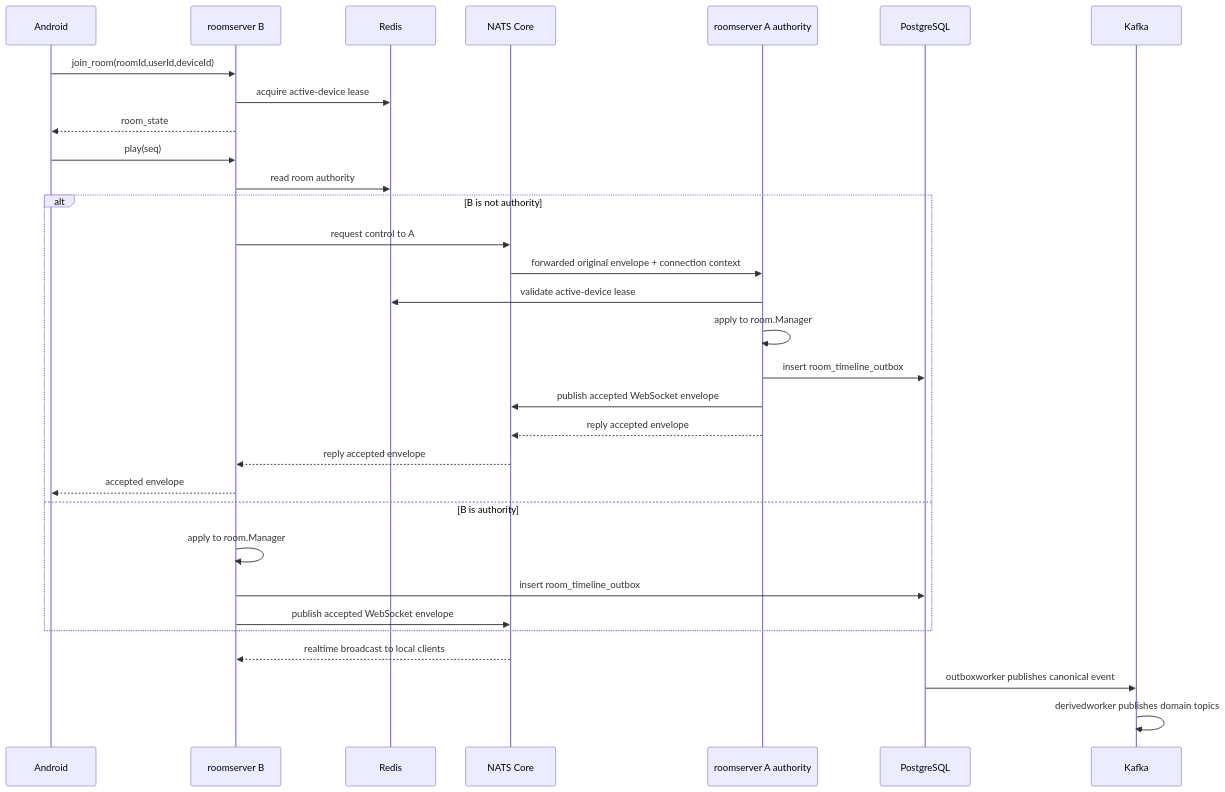
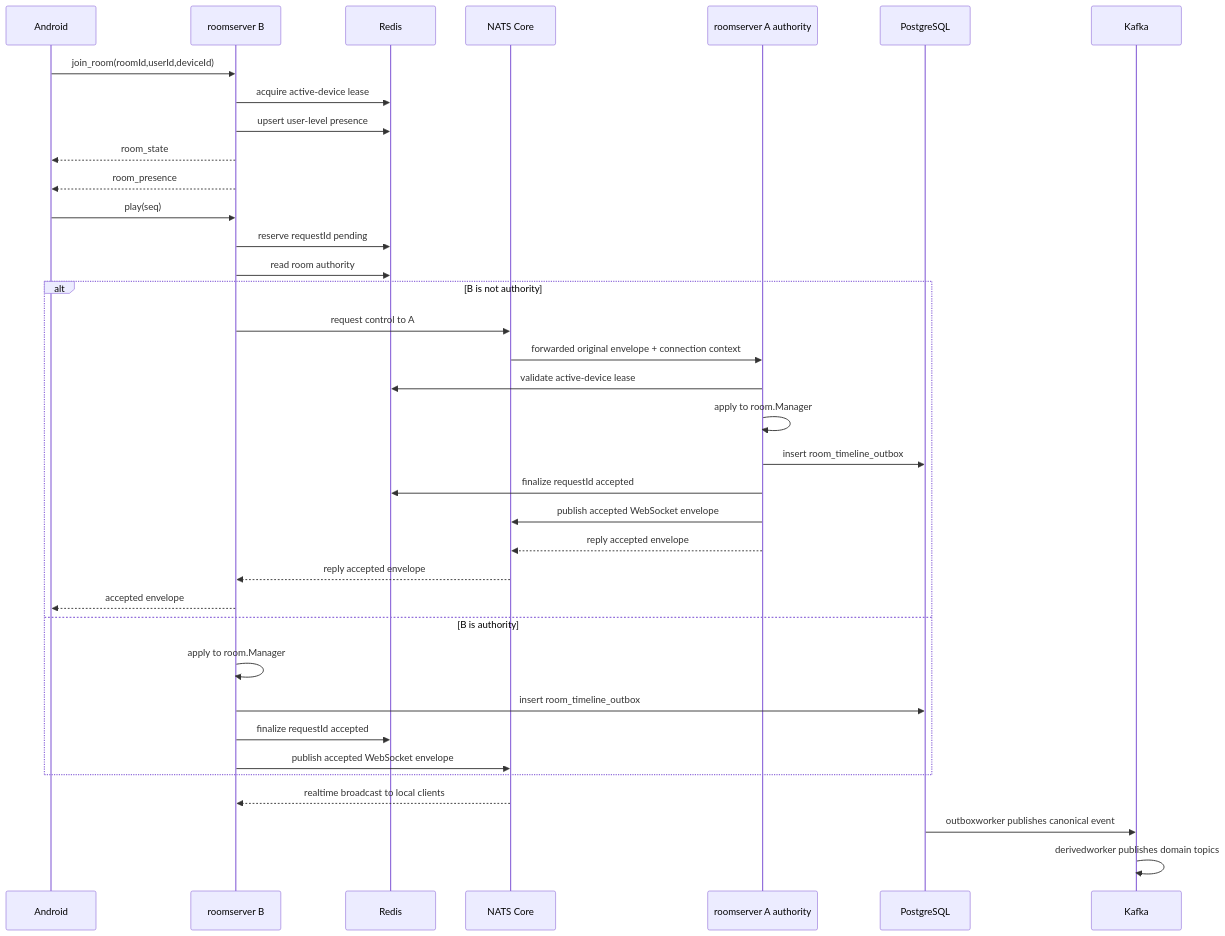
One commit to sunboyZgz/watch_together changed the second of 3 diagrams in docs/distributed-architecture.md. Above: the diagram before and after it, drawn with Mermaid. The commit also changed other lines of this file and 34 other files, not shown here.

Commit message:
feat: Redis control request 幂等 registry, Redis 用户级 presence registry, WebSocket 分布式裁决硬化——duplicate requestId 跨实例复用结果

````diff
--- a/docs/distributed-architecture.md
+++ b/docs/distributed-architecture.md
@@ -85,34 +88,39 @@
 ```mermaid
 sequenceDiagram
   participant C as Android
   participant B as roomserver B
   participant R as Redis
   participant N as NATS Core
   participant A as roomserver A authority
   participant P as PostgreSQL
   participant K as Kafka
 
   C->>B: join_room(roomId,userId,deviceId)
   B->>R: acquire active-device lease
+  B->>R: upsert user-level presence
   B-->>C: room_state
+  B-->>C: room_presence
   C->>B: play(seq)
+  B->>R: reserve requestId pending
   B->>R: read room authority
   alt B is not authority
     B->>N: request control to A
     N->>A: forwarded original envelope + connection context
     A->>R: validate active-device lease
     A->>A: apply to room.Manager
     A->>P: insert room_timeline_outbox
+    A->>R: finalize requestId accepted
     A->>N: publish accepted WebSocket envelope
     A-->>N: reply accepted envelope
     N-->>B: reply accepted envelope
     B-->>C: accepted envelope
   else B is authority
     B->>B: apply to room.Manager
     B->>P: insert room_timeline_outbox
+    B->>R: finalize requestId accepted
     B->>N: publish accepted WebSocket envelope
   end
   N-->>B: realtime broadcast to local clients
   P->>K: outboxworker publishes canonical event
   K->>K: derivedworker publishes domain topics
 ```
````
